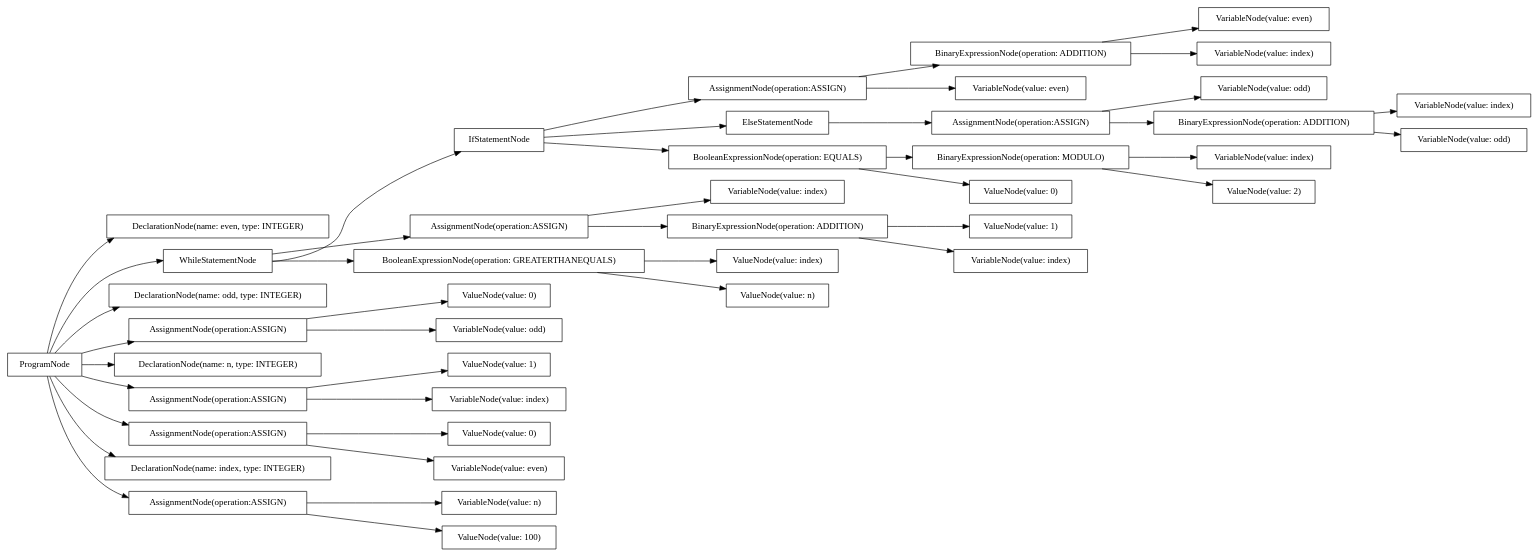
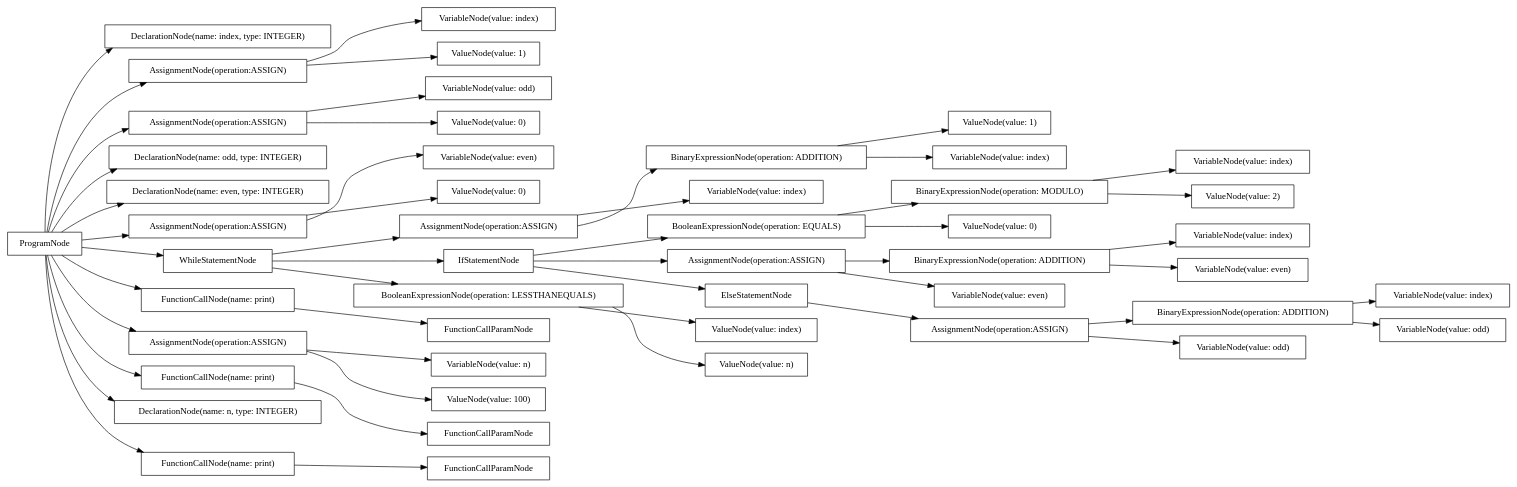
The diagram in src/output/dot/odd_even.dot (AtLeastITry/ANTLR-Python-Compiler), drawn with Graphviz before and after one commit. The commit also changed 11 other files, not shown here.

```diff
--- a/src/output/dot/odd_even.dot
+++ b/src/output/dot/odd_even.dot
@@ -1,88 +1,100 @@
 digraph G {
 rankdir=LR
-"3c84ecd2-099c-4075-8765-96ca28f7bc27" [label="AssignmentNode(operation:ASSIGN)" shape="box"];
-"171e735e-746e-4063-b72b-4a5d5507163f" [label="VariableNode(value: index)" shape="box"];
-"cd8b814c-5619-467e-bede-9ad4acc6a8a8" [label="ValueNode(value: index)" shape="box"];
-"5804a53a-ef70-4b0d-ba9a-45af61b28cc2" [label="ElseStatementNode" shape="box"];
-"f3796099-5be1-4218-a795-6308bb5834db" [label="BinaryExpressionNode(operation: ADDITION)" shape="box"];
-"33f87b8a-2854-49d4-af38-bda120f2d811" [label="DeclarationNode(name: even, type: INTEGER)" shape="box"];
-"c6d660b2-c957-4b46-b3f6-2e7b369e252e" [label="ValueNode(value: 1)" shape="box"];
-"71c66917-f014-4ec2-b396-56bca569b24d" [label="IfStatementNode" shape="box"];
-"62c9003f-aedf-4084-a922-aad190cd7818" [label="ProgramNode" shape="box"];
-"b150c805-328d-4c22-97cb-fa305af432f9" [label="ValueNode(value: 0)" shape="box"];
-"f71ea689-b68f-4666-9237-fef600704903" [label="BinaryExpressionNode(operation: ADDITION)" shape="box"];
-"63cd670d-2961-45da-b2a9-07ea8a86acb3" [label="VariableNode(value: index)" shape="box"];
-"cabb9b45-202c-471c-90c5-bde4e7ca122b" [label="VariableNode(value: n)" shape="box"];
-"953ec087-adbe-4724-95ca-5e24adcd584e" [label="BinaryExpressionNode(operation: MODULO)" shape="box"];
-"654729da-3971-4427-9cde-baa30718b861" [label="WhileStatementNode" shape="box"];
-"30d05825-fbc4-4021-935e-85253a176873" [label="VariableNode(value: index)" shape="box"];
-"a74849e2-61bb-4340-82cc-b55ec1b561a7" [label="ValueNode(value: 0)" shape="box"];
-"daa74d46-cf00-4fb8-bde9-061cd5fa1007" [label="ValueNode(value: 1)" shape="box"];
-"59cbf410-cc21-45f9-9fdc-c0871ef94633" [label="VariableNode(value: odd)" shape="box"];
-"5026cdab-7126-4e51-8cc4-36f7ecb7536a" [label="AssignmentNode(operation:ASSIGN)" shape="box"];
-"a3183536-32e8-4e39-b89c-9db0ee03e285" [label="DeclarationNode(name: odd, type: INTEGER)" shape="box"];
-"f715ac36-db79-4673-bb35-c3a41840bdef" [label="AssignmentNode(operation:ASSIGN)" shape="box"];
-"19c2a2b7-7c89-4a85-b1a1-a0b771c70fbf" [label="VariableNode(value: index)" shape="box"];
-"93e62058-f078-4c74-b693-54323e70a0f4" [label="VariableNode(value: index)" shape="box"];
-"473bcf86-4430-4020-8a16-c80279b6c7d4" [label="DeclarationNode(name: n, type: INTEGER)" shape="box"];
-"7802aca1-e420-4325-8b5a-ac33d2439557" [label="ValueNode(value: n)" shape="box"];
-"c43f7004-2ff4-4b8a-b0e2-a2500464acce" [label="ValueNode(value: 2)" shape="box"];
-"9be49c4e-aea7-4838-9e5d-50007d501818" [label="AssignmentNode(operation:ASSIGN)" shape="box"];
-"4ce222fb-0207-4353-8a62-ed64aad19d7a" [label="VariableNode(value: odd)" shape="box"];
-"57fe3e93-d83a-4d87-a00e-a00ff838c248" [label="VariableNode(value: even)" shape="box"];
-"63753b0e-72ae-445a-b216-732f145d42ca" [label="VariableNode(value: odd)" shape="box"];
-"7ad9524d-75b9-4846-9a59-6fddcf9d4b10" [label="AssignmentNode(operation:ASSIGN)" shape="box"];
-"c9b1f6f1-609c-4785-bc33-1a2e5422b2c4" [label="ValueNode(value: 0)" shape="box"];
-"36ee04f1-cbd9-43a6-b3fd-b625976e6c73" [label="ValueNode(value: 100)" shape="box"];
-"a4d1915e-89b2-443b-900a-16803e936cb7" [label="BooleanExpressionNode(operation: EQUALS)" shape="box"];
-"4770ac5f-f432-4748-9093-0491e104a3ba" [label="BooleanExpressionNode(operation: GREATERTHANEQUALS)" shape="box"];
-"01bc6fca-87b9-4cb0-94f5-4add2bac1354" [label="VariableNode(value: even)" shape="box"];
-"5aaec957-626d-4187-a6fa-f9288a75ca07" [label="VariableNode(value: index)" shape="box"];
-"debe5e78-cba1-4369-ae3b-137caed6bbab" [label="VariableNode(value: even)" shape="box"];
-"294dc2a1-2652-4ed2-bea3-02210db932e1" [label="BinaryExpressionNode(operation: ADDITION)" shape="box"];
-"b7230f8d-f162-4e6e-b434-a292ce7df50e" [label="DeclarationNode(name: index, type: INTEGER)" shape="box"];
-"9fb4ab69-30ef-4c17-a55e-432ef115fbfd" [label="AssignmentNode(operation:ASSIGN)" shape="box"];
-"f8f7ea2a-a133-4be9-be8c-bcd7eae92b0b" [label="AssignmentNode(operation:ASSIGN)" shape="box"];
-"62c9003f-aedf-4084-a922-aad190cd7818" -> "473bcf86-4430-4020-8a16-c80279b6c7d4";
-"62c9003f-aedf-4084-a922-aad190cd7818" -> "a3183536-32e8-4e39-b89c-9db0ee03e285";
-"62c9003f-aedf-4084-a922-aad190cd7818" -> "33f87b8a-2854-49d4-af38-bda120f2d811";
-"62c9003f-aedf-4084-a922-aad190cd7818" -> "b7230f8d-f162-4e6e-b434-a292ce7df50e";
-"62c9003f-aedf-4084-a922-aad190cd7818" -> "9fb4ab69-30ef-4c17-a55e-432ef115fbfd";
-"9fb4ab69-30ef-4c17-a55e-432ef115fbfd" -> "cabb9b45-202c-471c-90c5-bde4e7ca122b";
-"9fb4ab69-30ef-4c17-a55e-432ef115fbfd" -> "36ee04f1-cbd9-43a6-b3fd-b625976e6c73";
-"62c9003f-aedf-4084-a922-aad190cd7818" -> "f715ac36-db79-4673-bb35-c3a41840bdef";
-"f715ac36-db79-4673-bb35-c3a41840bdef" -> "59cbf410-cc21-45f9-9fdc-c0871ef94633";
-"f715ac36-db79-4673-bb35-c3a41840bdef" -> "b150c805-328d-4c22-97cb-fa305af432f9";
-"62c9003f-aedf-4084-a922-aad190cd7818" -> "7ad9524d-75b9-4846-9a59-6fddcf9d4b10";
-"7ad9524d-75b9-4846-9a59-6fddcf9d4b10" -> "debe5e78-cba1-4369-ae3b-137caed6bbab";
-"7ad9524d-75b9-4846-9a59-6fddcf9d4b10" -> "a74849e2-61bb-4340-82cc-b55ec1b561a7";
-"62c9003f-aedf-4084-a922-aad190cd7818" -> "9be49c4e-aea7-4838-9e5d-50007d501818";
-"9be49c4e-aea7-4838-9e5d-50007d501818" -> "19c2a2b7-7c89-4a85-b1a1-a0b771c70fbf";
-"9be49c4e-aea7-4838-9e5d-50007d501818" -> "daa74d46-cf00-4fb8-bde9-061cd5fa1007";
-"62c9003f-aedf-4084-a922-aad190cd7818" -> "654729da-3971-4427-9cde-baa30718b861";
-"654729da-3971-4427-9cde-baa30718b861" -> "4770ac5f-f432-4748-9093-0491e104a3ba";
-"4770ac5f-f432-4748-9093-0491e104a3ba" -> "cd8b814c-5619-467e-bede-9ad4acc6a8a8";
-"4770ac5f-f432-4748-9093-0491e104a3ba" -> "7802aca1-e420-4325-8b5a-ac33d2439557";
-"654729da-3971-4427-9cde-baa30718b861" -> "71c66917-f014-4ec2-b396-56bca569b24d";
-"71c66917-f014-4ec2-b396-56bca569b24d" -> "a4d1915e-89b2-443b-900a-16803e936cb7";
-"a4d1915e-89b2-443b-900a-16803e936cb7" -> "953ec087-adbe-4724-95ca-5e24adcd584e";
-"953ec087-adbe-4724-95ca-5e24adcd584e" -> "93e62058-f078-4c74-b693-54323e70a0f4";
-"953ec087-adbe-4724-95ca-5e24adcd584e" -> "c43f7004-2ff4-4b8a-b0e2-a2500464acce";
-"a4d1915e-89b2-443b-900a-16803e936cb7" -> "c9b1f6f1-609c-4785-bc33-1a2e5422b2c4";
-"71c66917-f014-4ec2-b396-56bca569b24d" -> "3c84ecd2-099c-4075-8765-96ca28f7bc27";
-"3c84ecd2-099c-4075-8765-96ca28f7bc27" -> "01bc6fca-87b9-4cb0-94f5-4add2bac1354";
-"3c84ecd2-099c-4075-8765-96ca28f7bc27" -> "f3796099-5be1-4218-a795-6308bb5834db";
-"f3796099-5be1-4218-a795-6308bb5834db" -> "57fe3e93-d83a-4d87-a00e-a00ff838c248";
-"f3796099-5be1-4218-a795-6308bb5834db" -> "5aaec957-626d-4187-a6fa-f9288a75ca07";
-"71c66917-f014-4ec2-b396-56bca569b24d" -> "5804a53a-ef70-4b0d-ba9a-45af61b28cc2";
-"5804a53a-ef70-4b0d-ba9a-45af61b28cc2" -> "f8f7ea2a-a133-4be9-be8c-bcd7eae92b0b";
-"f8f7ea2a-a133-4be9-be8c-bcd7eae92b0b" -> "4ce222fb-0207-4353-8a62-ed64aad19d7a";
-"f8f7ea2a-a133-4be9-be8c-bcd7eae92b0b" -> "294dc2a1-2652-4ed2-bea3-02210db932e1";
-"294dc2a1-2652-4ed2-bea3-02210db932e1" -> "63753b0e-72ae-445a-b216-732f145d42ca";
-"294dc2a1-2652-4ed2-bea3-02210db932e1" -> "63cd670d-2961-45da-b2a9-07ea8a86acb3";
-"654729da-3971-4427-9cde-baa30718b861" -> "5026cdab-7126-4e51-8cc4-36f7ecb7536a";
-"5026cdab-7126-4e51-8cc4-36f7ecb7536a" -> "171e735e-746e-4063-b72b-4a5d5507163f";
-"5026cdab-7126-4e51-8cc4-36f7ecb7536a" -> "f71ea689-b68f-4666-9237-fef600704903";
-"f71ea689-b68f-4666-9237-fef600704903" -> "30d05825-fbc4-4021-935e-85253a176873";
-"f71ea689-b68f-4666-9237-fef600704903" -> "c6d660b2-c957-4b46-b3f6-2e7b369e252e";
+"55d8d7f0-689d-45c1-8a50-0bf02649791d" [label="VariableNode(value: index)" shape="box"];
+"c4df54fe-5fb0-4491-8d4d-fba30b59f4b5" [label="DeclarationNode(name: index, type: INTEGER)" shape="box"];
+"d781c9d6-5d65-4dcb-8007-b1d4f60599ad" [label="BinaryExpressionNode(operation: ADDITION)" shape="box"];
+"cdf9bb9c-1168-417a-ab4f-0ad848f63015" [label="AssignmentNode(operation:ASSIGN)" shape="box"];
+"dc29b21a-4b2b-45f9-a0f1-332d0c68dbd1" [label="AssignmentNode(operation:ASSIGN)" shape="box"];
+"6f10defe-9632-4e86-8052-df709473e18c" [label="ValueNode(value: index)" shape="box"];
+"10cb49cd-e44e-4560-b6d0-9be77a75a362" [label="VariableNode(value: odd)" shape="box"];
+"b80f2749-b8cd-4c5c-9132-3fa67b4da702" [label="AssignmentNode(operation:ASSIGN)" shape="box"];
+"0fd61ff4-d707-4a04-843a-b8af18b27d0b" [label="IfStatementNode" shape="box"];
+"a882a104-24bd-45ed-9aa4-9cd2b72a7985" [label="VariableNode(value: n)" shape="box"];
+"7ffbf9c4-5ff1-48a6-93f6-ae997c6bc87e" [label="BinaryExpressionNode(operation: MODULO)" shape="box"];
+"3949b6bb-79ef-4de4-9f34-8d9efd0dbc4d" [label="AssignmentNode(operation:ASSIGN)" shape="box"];
+"7de5dca0-0d78-489d-ba16-fa344ee28f7a" [label="DeclarationNode(name: odd, type: INTEGER)" shape="box"];
+"ab8ff14b-f6dd-4a50-8ca5-0d25e04fe298" [label="DeclarationNode(name: even, type: INTEGER)" shape="box"];
+"285b1c18-2f2f-4dc9-8851-8dba3ceebe00" [label="VariableNode(value: index)" shape="box"];
+"872b62f8-3271-4be8-8c1b-49ccf3d60ae9" [label="BinaryExpressionNode(operation: ADDITION)" shape="box"];
+"dba589a1-2494-4e02-a60b-aa8033d79f6b" [label="ValueNode(value: 1)" shape="box"];
+"4204241c-96a8-469c-a18b-fcc5f9944ed0" [label="BooleanExpressionNode(operation: EQUALS)" shape="box"];
+"ff2c842d-2e19-4049-8a66-cc365a6ec9c8" [label="ValueNode(value: 0)" shape="box"];
+"2e0c951d-b1c1-4218-8f2d-98d07fcac8d4" [label="FunctionCallParamNode" shape="box"];
+"0701edbc-a10d-4abe-9cb3-6a3b2dfbce53" [label="AssignmentNode(operation:ASSIGN)" shape="box"];
+"14df3d6b-6021-4c15-8984-f2238c225c2b" [label="FunctionCallParamNode" shape="box"];
+"ab5475c9-49c8-4fa4-ad92-cc03306cd0bc" [label="VariableNode(value: index)" shape="box"];
+"9d2743a7-08f6-4906-8ebc-0569ec26bd31" [label="AssignmentNode(operation:ASSIGN)" shape="box"];
+"9f781ebb-b312-440a-beef-1f12773cd72e" [label="ValueNode(value: 1)" shape="box"];
+"4ae6a8c0-fbdf-4ca0-a1b7-b72a51f83909" [label="ElseStatementNode" shape="box"];
+"8cc6cbd1-2f1b-4a16-b9b0-cf98c0f763fd" [label="WhileStatementNode" shape="box"];
+"aa9c60bb-6f69-4de9-81c1-585bfe549651" [label="BooleanExpressionNode(operation: LESSTHANEQUALS)" shape="box"];
+"d47b0040-dd5b-480d-92bf-6d9c03ac02de" [label="ValueNode(value: 100)" shape="box"];
+"c47f9829-b714-4d1e-8371-b8843f89db68" [label="ProgramNode" shape="box"];
+"5c7134ae-257c-44ca-89fe-8851c2d3b15c" [label="VariableNode(value: index)" shape="box"];
+"0ffa1ceb-cfbc-4ff6-b15e-db1e31541605" [label="BinaryExpressionNode(operation: ADDITION)" shape="box"];
+"c758540a-258a-450b-b12c-891b0d5bbdf4" [label="VariableNode(value: even)" shape="box"];
+"0683bb98-c8e0-4716-acfe-5e187d83ccd9" [label="ValueNode(value: 0)" shape="box"];
+"1cefea60-b6e9-43f3-a657-0f996d013d00" [label="VariableNode(value: index)" shape="box"];
+"0cf8eb5e-3354-43c0-9234-0b1bb3a2bfe5" [label="FunctionCallNode(name: print)" shape="box"];
+"2b051110-f51d-4379-92cf-53380afa87a7" [label="VariableNode(value: even)" shape="box"];
+"87d293dd-a89d-4fd7-b0c3-f9607acab3f0" [label="VariableNode(value: index)" shape="box"];
+"4f1f427d-b3ad-4926-9483-a667e5c1ee12" [label="VariableNode(value: even)" shape="box"];
+"24c783a4-2bf9-4a77-b351-d0ea8faa941e" [label="AssignmentNode(operation:ASSIGN)" shape="box"];
+"8e0d7d25-5eb8-4cc5-a38c-327212be1cf7" [label="FunctionCallNode(name: print)" shape="box"];
+"b1e18e18-9189-4002-8618-6ab1d7fe4f46" [label="ValueNode(value: 0)" shape="box"];
+"2b23eba9-8137-4c8c-9be7-90b3de9f229e" [label="DeclarationNode(name: n, type: INTEGER)" shape="box"];
+"5e1c057d-4d64-4693-821b-36538f7137ca" [label="VariableNode(value: odd)" shape="box"];
+"cf2098df-eef3-4adf-a518-eb2a2a74affc" [label="FunctionCallParamNode" shape="box"];
+"c03a3e41-8daa-40d3-8a29-105eddd96ede" [label="ValueNode(value: 2)" shape="box"];
+"04f4eca6-9e9f-4d2d-ab4e-b1fc2f76d156" [label="VariableNode(value: odd)" shape="box"];
+"ced5cfde-63dc-4abf-aa5f-0d8034452281" [label="FunctionCallNode(name: print)" shape="box"];
+"b0e69de7-7787-43ce-96f7-ac840cda4699" [label="ValueNode(value: n)" shape="box"];
+"c47f9829-b714-4d1e-8371-b8843f89db68" -> "2b23eba9-8137-4c8c-9be7-90b3de9f229e";
+"c47f9829-b714-4d1e-8371-b8843f89db68" -> "7de5dca0-0d78-489d-ba16-fa344ee28f7a";
+"c47f9829-b714-4d1e-8371-b8843f89db68" -> "ab8ff14b-f6dd-4a50-8ca5-0d25e04fe298";
+"c47f9829-b714-4d1e-8371-b8843f89db68" -> "c4df54fe-5fb0-4491-8d4d-fba30b59f4b5";
+"c47f9829-b714-4d1e-8371-b8843f89db68" -> "24c783a4-2bf9-4a77-b351-d0ea8faa941e";
+"24c783a4-2bf9-4a77-b351-d0ea8faa941e" -> "a882a104-24bd-45ed-9aa4-9cd2b72a7985";
+"24c783a4-2bf9-4a77-b351-d0ea8faa941e" -> "d47b0040-dd5b-480d-92bf-6d9c03ac02de";
+"c47f9829-b714-4d1e-8371-b8843f89db68" -> "3949b6bb-79ef-4de4-9f34-8d9efd0dbc4d";
+"3949b6bb-79ef-4de4-9f34-8d9efd0dbc4d" -> "10cb49cd-e44e-4560-b6d0-9be77a75a362";
+"3949b6bb-79ef-4de4-9f34-8d9efd0dbc4d" -> "ff2c842d-2e19-4049-8a66-cc365a6ec9c8";
+"c47f9829-b714-4d1e-8371-b8843f89db68" -> "9d2743a7-08f6-4906-8ebc-0569ec26bd31";
+"9d2743a7-08f6-4906-8ebc-0569ec26bd31" -> "2b051110-f51d-4379-92cf-53380afa87a7";
+"9d2743a7-08f6-4906-8ebc-0569ec26bd31" -> "b1e18e18-9189-4002-8618-6ab1d7fe4f46";
+"c47f9829-b714-4d1e-8371-b8843f89db68" -> "b80f2749-b8cd-4c5c-9132-3fa67b4da702";
+"b80f2749-b8cd-4c5c-9132-3fa67b4da702" -> "55d8d7f0-689d-45c1-8a50-0bf02649791d";
+"b80f2749-b8cd-4c5c-9132-3fa67b4da702" -> "dba589a1-2494-4e02-a60b-aa8033d79f6b";
+"c47f9829-b714-4d1e-8371-b8843f89db68" -> "8cc6cbd1-2f1b-4a16-b9b0-cf98c0f763fd";
+"8cc6cbd1-2f1b-4a16-b9b0-cf98c0f763fd" -> "aa9c60bb-6f69-4de9-81c1-585bfe549651";
+"aa9c60bb-6f69-4de9-81c1-585bfe549651" -> "6f10defe-9632-4e86-8052-df709473e18c";
+"aa9c60bb-6f69-4de9-81c1-585bfe549651" -> "b0e69de7-7787-43ce-96f7-ac840cda4699";
+"8cc6cbd1-2f1b-4a16-b9b0-cf98c0f763fd" -> "0fd61ff4-d707-4a04-843a-b8af18b27d0b";
+"0fd61ff4-d707-4a04-843a-b8af18b27d0b" -> "4204241c-96a8-469c-a18b-fcc5f9944ed0";
+"4204241c-96a8-469c-a18b-fcc5f9944ed0" -> "7ffbf9c4-5ff1-48a6-93f6-ae997c6bc87e";
+"7ffbf9c4-5ff1-48a6-93f6-ae997c6bc87e" -> "5c7134ae-257c-44ca-89fe-8851c2d3b15c";
+"7ffbf9c4-5ff1-48a6-93f6-ae997c6bc87e" -> "c03a3e41-8daa-40d3-8a29-105eddd96ede";
+"4204241c-96a8-469c-a18b-fcc5f9944ed0" -> "0683bb98-c8e0-4716-acfe-5e187d83ccd9";
+"0fd61ff4-d707-4a04-843a-b8af18b27d0b" -> "0701edbc-a10d-4abe-9cb3-6a3b2dfbce53";
+"0701edbc-a10d-4abe-9cb3-6a3b2dfbce53" -> "c758540a-258a-450b-b12c-891b0d5bbdf4";
+"0701edbc-a10d-4abe-9cb3-6a3b2dfbce53" -> "0ffa1ceb-cfbc-4ff6-b15e-db1e31541605";
+"0ffa1ceb-cfbc-4ff6-b15e-db1e31541605" -> "4f1f427d-b3ad-4926-9483-a667e5c1ee12";
+"0ffa1ceb-cfbc-4ff6-b15e-db1e31541605" -> "285b1c18-2f2f-4dc9-8851-8dba3ceebe00";
+"0fd61ff4-d707-4a04-843a-b8af18b27d0b" -> "4ae6a8c0-fbdf-4ca0-a1b7-b72a51f83909";
+"4ae6a8c0-fbdf-4ca0-a1b7-b72a51f83909" -> "cdf9bb9c-1168-417a-ab4f-0ad848f63015";
+"cdf9bb9c-1168-417a-ab4f-0ad848f63015" -> "04f4eca6-9e9f-4d2d-ab4e-b1fc2f76d156";
+"cdf9bb9c-1168-417a-ab4f-0ad848f63015" -> "d781c9d6-5d65-4dcb-8007-b1d4f60599ad";
+"d781c9d6-5d65-4dcb-8007-b1d4f60599ad" -> "5e1c057d-4d64-4693-821b-36538f7137ca";
+"d781c9d6-5d65-4dcb-8007-b1d4f60599ad" -> "ab5475c9-49c8-4fa4-ad92-cc03306cd0bc";
+"8cc6cbd1-2f1b-4a16-b9b0-cf98c0f763fd" -> "dc29b21a-4b2b-45f9-a0f1-332d0c68dbd1";
+"dc29b21a-4b2b-45f9-a0f1-332d0c68dbd1" -> "87d293dd-a89d-4fd7-b0c3-f9607acab3f0";
+"dc29b21a-4b2b-45f9-a0f1-332d0c68dbd1" -> "872b62f8-3271-4be8-8c1b-49ccf3d60ae9";
+"872b62f8-3271-4be8-8c1b-49ccf3d60ae9" -> "1cefea60-b6e9-43f3-a657-0f996d013d00";
+"872b62f8-3271-4be8-8c1b-49ccf3d60ae9" -> "9f781ebb-b312-440a-beef-1f12773cd72e";
+"c47f9829-b714-4d1e-8371-b8843f89db68" -> "0cf8eb5e-3354-43c0-9234-0b1bb3a2bfe5";
+"0cf8eb5e-3354-43c0-9234-0b1bb3a2bfe5" -> "cf2098df-eef3-4adf-a518-eb2a2a74affc";
+"c47f9829-b714-4d1e-8371-b8843f89db68" -> "ced5cfde-63dc-4abf-aa5f-0d8034452281";
+"ced5cfde-63dc-4abf-aa5f-0d8034452281" -> "14df3d6b-6021-4c15-8984-f2238c225c2b";
+"c47f9829-b714-4d1e-8371-b8843f89db68" -> "8e0d7d25-5eb8-4cc5-a38c-327212be1cf7";
+"8e0d7d25-5eb8-4cc5-a38c-327212be1cf7" -> "2e0c951d-b1c1-4218-8f2d-98d07fcac8d4";
 }
```
